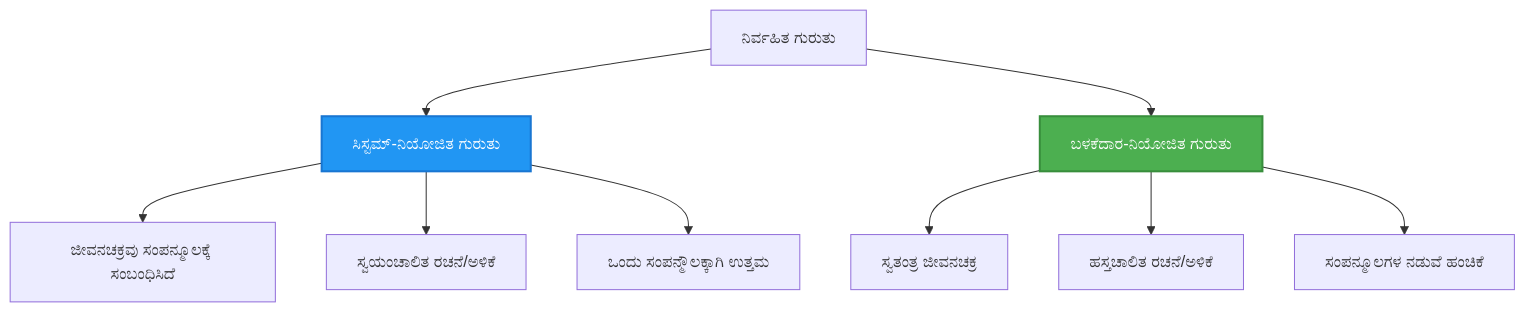
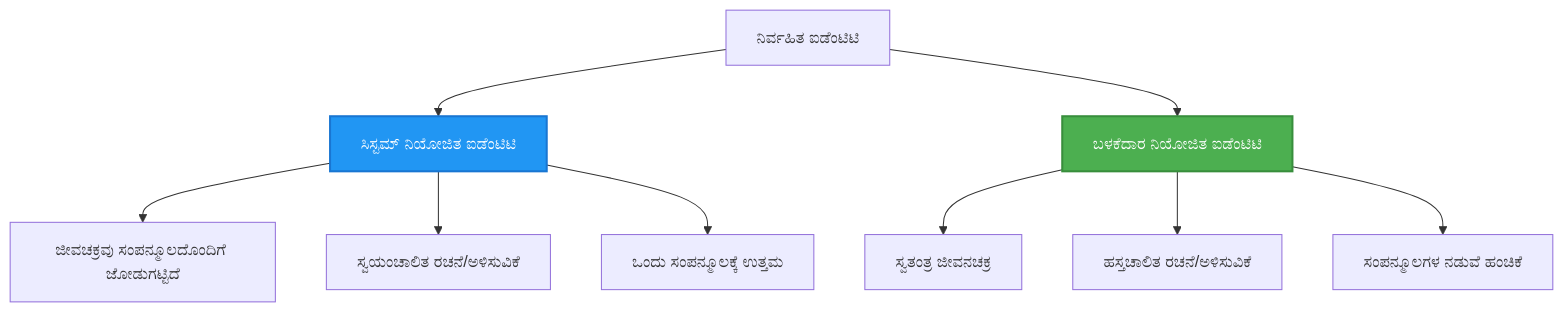
The second of 2 diagrams in translations/kn/docs/chapter-03-configuration/authsecurity.md (microsoft/AZD-for-beginners), drawn with Mermaid before and after one commit. The commit also changed other lines of this file and 102 other files, not shown here.

````diff
--- a/translations/kn/docs/chapter-03-configuration/authsecurity.md
+++ b/translations/kn/docs/chapter-03-configuration/authsecurity.md
@@ -97,20 +97,20 @@
 ```mermaid
 graph TB
-    MI[ನಿರ್ವಹಿತ ಗುರುತು]
-    SystemAssigned[ಸಿಸ್ಟಮ್-ನಿಯೋಜಿತ ಗುರುತು]
-    UserAssigned[ಬಳಕೆದಾರ-ನಿಯೋಜಿತ ಗುರುತು]
+    MI[ನಿರ್ವಹಿತ ಐಡೆಂಟಿಟಿ]
+    SystemAssigned[ಸಿಸ್ಟಮ್ ನಿಯೋಜಿತ ಐಡೆಂಟಿಟಿ]
+    UserAssigned[ಬಳಕೆದಾರ ನಿಯೋಜಿತ ಐಡೆಂಟಿಟಿ]
     
     MI --> SystemAssigned
     MI --> UserAssigned
     
-    SystemAssigned --> SA1[ಜೀವನಚಕ್ರವು ಸಂಪನ್ಮೂಲಕ್ಕೆ ಸಂಬಂಧಿಸಿದೆ]
-    SystemAssigned --> SA2[ಸ್ವಯಂಚಾಲಿತ ರಚನೆ/ಅಳಿಕೆ]
-    SystemAssigned --> SA3[ಒಂದು ಸಂಪನ್ಮೌಲಕ್ಕಾಗಿ ಉತ್ತಮ]
+    SystemAssigned --> SA1[ಜೀವಚಕ್ರವು ಸಂಪನ್ಮೂಲದೊಂದಿಗೆ ಜೋಡುಗಟ್ಟಿದೆ]
+    SystemAssigned --> SA2[ಸ್ವಯಂಚಾಲಿತ ರಚನೆ/ಅಳಿಸುವಿಕೆ]
+    SystemAssigned --> SA3[ಒಂದು ಸಂಪನ್ಮೂಲಕ್ಕೆ ಉತ್ತಮ]
     
     UserAssigned --> UA1[ಸ್ವತಂತ್ರ ಜೀವನಚಕ್ರ]
-    UserAssigned --> UA2[ಹಸ್ತಚಾಲಿತ ರಚನೆ/ಅಳಿಕೆ]
+    UserAssigned --> UA2[ಹಸ್ತಚಾಲಿತ ರಚನೆ/ಅಳಿಸುವಿಕೆ]
     UserAssigned --> UA3[ಸಂಪನ್ಮೂಲಗಳ ನಡುವೆ ಹಂಚಿಕೆ]
     
     style SystemAssigned fill:#2196F3,stroke:#1976D2,stroke-width:2px,color:#fff
     style UserAssigned fill:#4CAF50,stroke:#388E3C,stroke-width:2px,color:#fff
 ```
````
